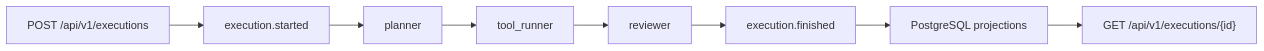
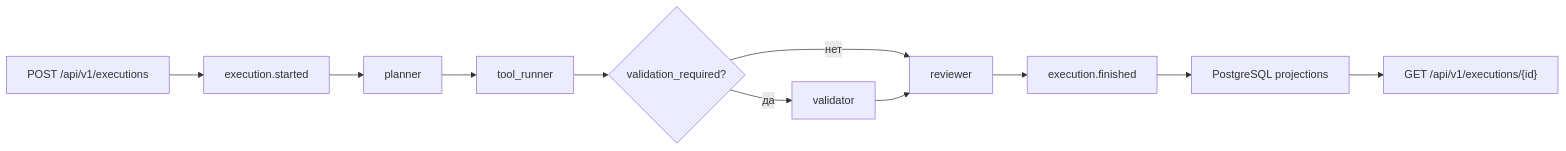
Before and after one commit to sergeyenikeev/FastAPI_Layers: the diagram in docs/architecture/overview.md, drawn with Mermaid. The commit also changed other lines of this file and 5 other files, not shown here.

````diff
--- a/docs/architecture/overview.md
+++ b/docs/architecture/overview.md
@@ -20,10 +20,13 @@
 ```mermaid
 flowchart LR
     api["POST /api/v1/executions"] --> started["execution.started"]
     started --> planner["planner"]
     planner --> tool_runner["tool_runner"]
-    tool_runner --> reviewer["reviewer"]
+    tool_runner --> decision{"validation_required?"}
+    decision -- "нет" --> reviewer["reviewer"]
+    decision -- "да" --> validator["validator"]
+    validator --> reviewer
     reviewer --> finished["execution.finished"]
     finished --> projections["PostgreSQL projections"]
     projections --> read_api["GET /api/v1/executions/{id}"]
 ```
````
